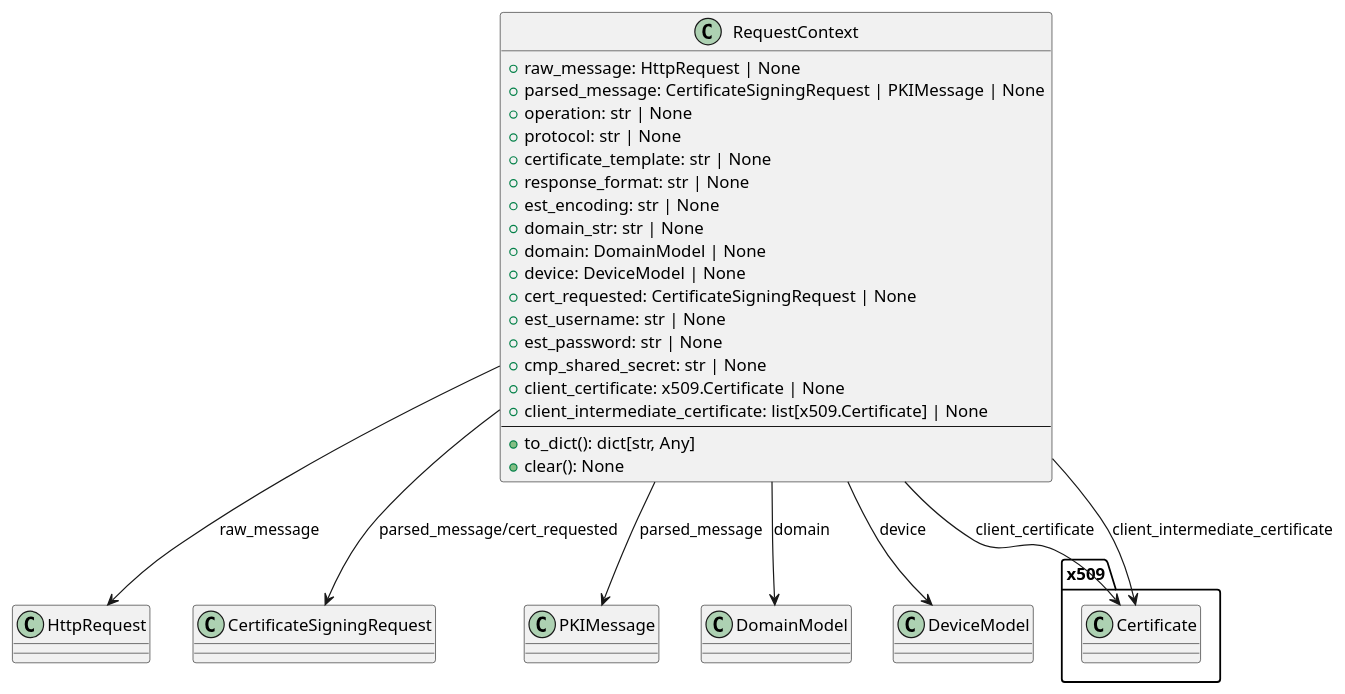
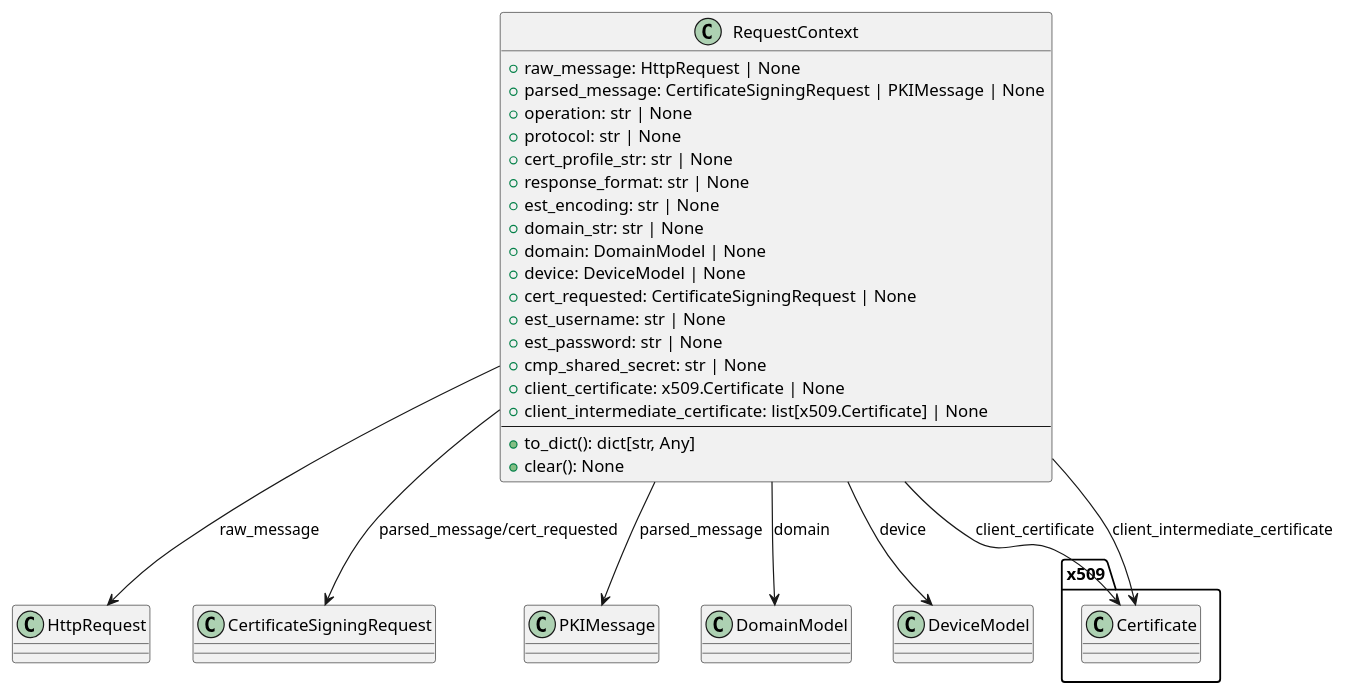
One commit to Trustpoint-Project/trustpoint changed the first of 5 diagrams in docs/source/development/workflow.rst. Above: the diagram before and after it, drawn with PlantUML. The commit also changed other lines of this file and 19 other files, not shown here.

First line of the commit message:
Fix Cert Profile deletion view

```diff
--- a/docs/source/development/workflow.rst
+++ b/docs/source/development/workflow.rst
@@ -13,44 +13,44 @@
 .. plantuml::
 
     @startuml
     ' Representation of the RequestContext class.
     class RequestContext {
         + raw_message: HttpRequest | None
         + parsed_message: CertificateSigningRequest | PKIMessage | None
         + operation: str | None
         + protocol: str | None
-        + certificate_template: str | None
+        + cert_profile_str: str | None
         + response_format: str | None
         + est_encoding: str | None
         + domain_str: str | None
         + domain: DomainModel | None
         + device: DeviceModel | None
         + cert_requested: CertificateSigningRequest | None
         + est_username: str | None
         + est_password: str | None
         + cmp_shared_secret: str | None
         + client_certificate: x509.Certificate | None
         + client_intermediate_certificate: list[x509.Certificate] | None
         --
         + to_dict(): dict[str, Any]
         + clear(): None
     }
 
     ' Dependencies and related models.
     class HttpRequest
     class CertificateSigningRequest
     class PKIMessage
     class DomainModel
     class DeviceModel
     class x509.Certificate
 
     ' Relationships.
     RequestContext --> HttpRequest : "raw_message"
     RequestContext --> CertificateSigningRequest : "parsed_message/cert_requested"
     RequestContext --> PKIMessage : "parsed_message"
     RequestContext --> DomainModel : "domain"
     RequestContext --> DeviceModel : "device"
     RequestContext --> x509.Certificate : "client_certificate"
     RequestContext --> x509.Certificate : "client_intermediate_certificate"
 
     @enduml
```
